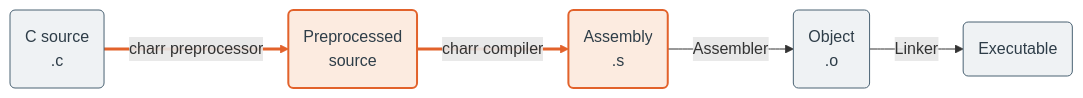
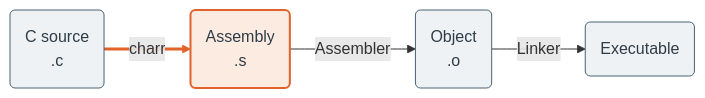
The first of 2 diagrams in README.md (joshuanunn/charr), drawn with Mermaid before and after one commit. The commit also changed other lines of this file, not shown here.

Commit message:
Formatting tweaks

````diff
--- a/README.md
+++ b/README.md
@@ -138,19 +138,17 @@
 ```mermaid
 flowchart LR
     src("C source<br/>.c")
-    pp("Preprocessed<br/>source")
     asm("Assembly<br/>.s")
     obj("Object<br/>.o")
     exe("Executable")
 
-    src -->|charr preprocessor| pp
-    pp -->|charr compiler| asm
+    src -->|charr| asm
     asm -->|Assembler| obj
     obj -->|Linker| exe
 
     classDef stage fill:#EFF2F4,stroke:#4A6273,stroke-width:1px,color:#2E3D48;
     classDef out fill:#FCEBE0,stroke:#E2622B,stroke-width:2px,color:#2E3D48;
     class src,obj,exe stage;
-    class pp,asm out;
-    linkStyle 0,1 stroke:#E2622B,stroke-width:3px;
+    class asm out;
+    linkStyle 0 stroke:#E2622B,stroke-width:3px;
 ```
````
